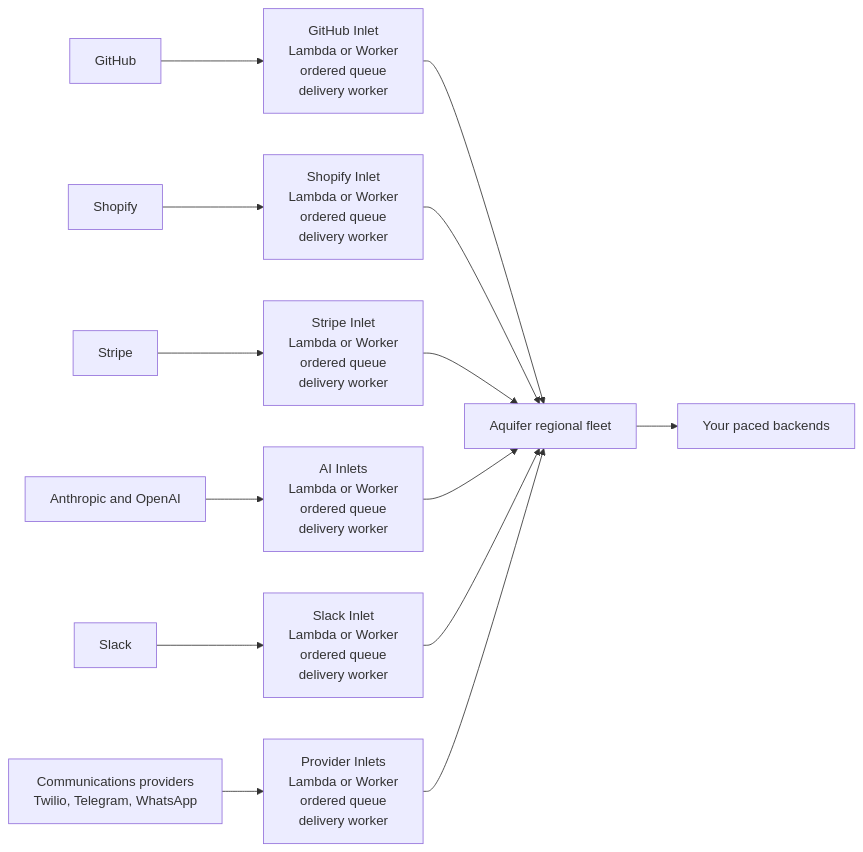
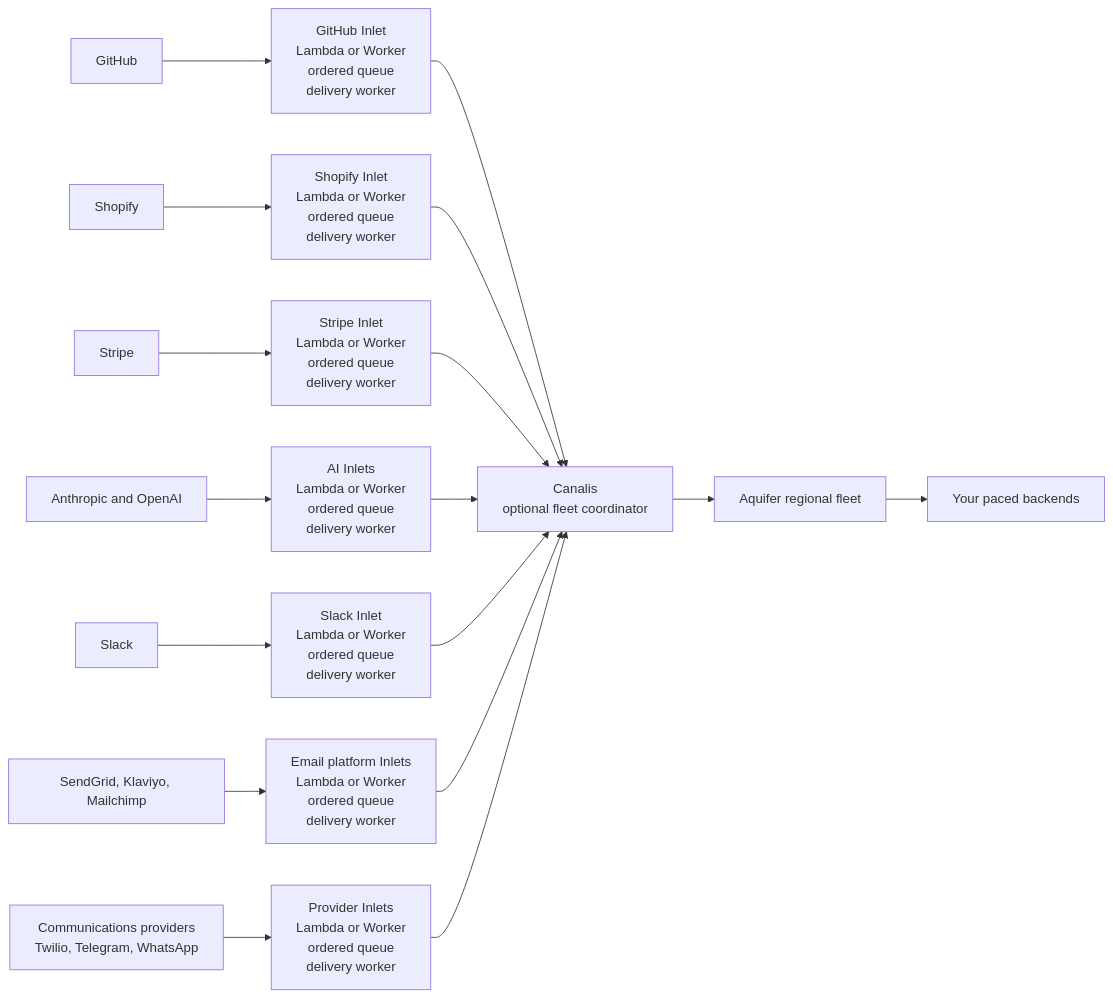
The diagram in README.md (rjpruitt16/inlet), drawn with Mermaid before and after one commit. The commit also changed other lines of this file and 18 other files, not shown here.

First line of the commit message:
Add SendGrid, Klaviyo, and Mailchimp webhook providers (#14)

````diff
--- a/README.md
+++ b/README.md
@@ -31,17 +34,20 @@
 ```mermaid
 flowchart LR
     GH[GitHub] --> GHI[GitHub Inlet<br/>Lambda or Worker<br/>ordered queue<br/>delivery worker]
     SH[Shopify] --> SHI[Shopify Inlet<br/>Lambda or Worker<br/>ordered queue<br/>delivery worker]
     ST[Stripe] --> STI[Stripe Inlet<br/>Lambda or Worker<br/>ordered queue<br/>delivery worker]
     AI[Anthropic and OpenAI] --> AII[AI Inlets<br/>Lambda or Worker<br/>ordered queue<br/>delivery worker]
     SL[Slack] --> SLI[Slack Inlet<br/>Lambda or Worker<br/>ordered queue<br/>delivery worker]
+    EM[SendGrid, Klaviyo, Mailchimp] --> EMI[Email platform Inlets<br/>Lambda or Worker<br/>ordered queue<br/>delivery worker]
     CO[Communications providers<br/>Twilio, Telegram, WhatsApp] --> COI[Provider Inlets<br/>Lambda or Worker<br/>ordered queue<br/>delivery worker]
 
-    GHI --> AQ[Aquifer regional fleet]
-    SHI --> AQ
-    STI --> AQ
-    AII --> AQ
-    SLI --> AQ
-    COI --> AQ
+    GHI --> CA[Canalis<br/>optional fleet coordinator]
+    SHI --> CA
+    STI --> CA
+    AII --> CA
+    SLI --> CA
+    EMI --> CA
+    COI --> CA
+    CA --> AQ[Aquifer regional fleet]
     AQ --> BE[Your paced backends]
 ```
````
